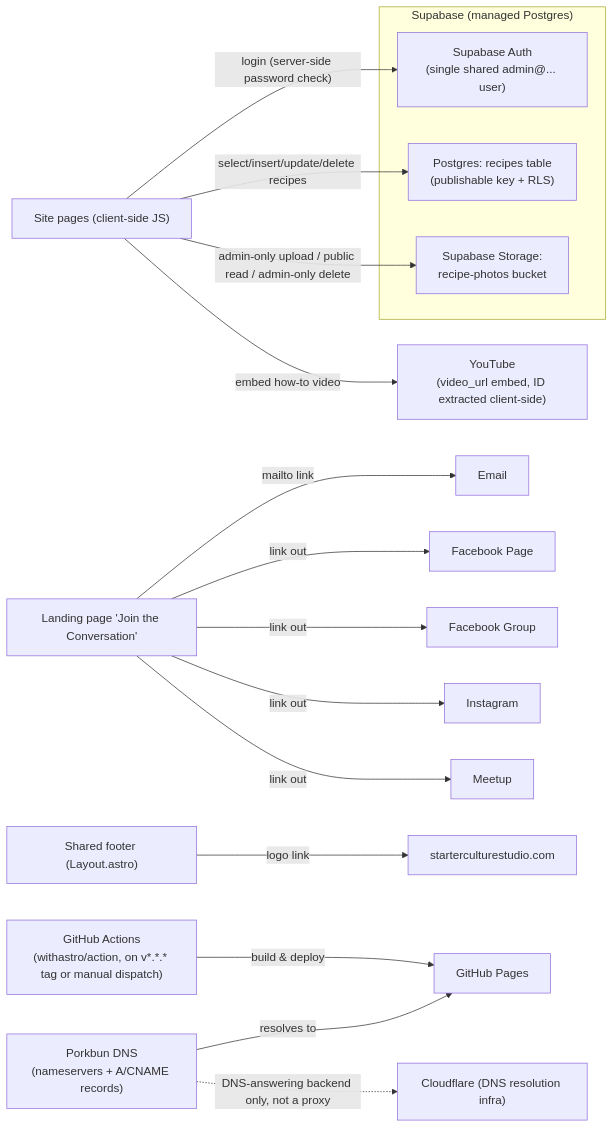
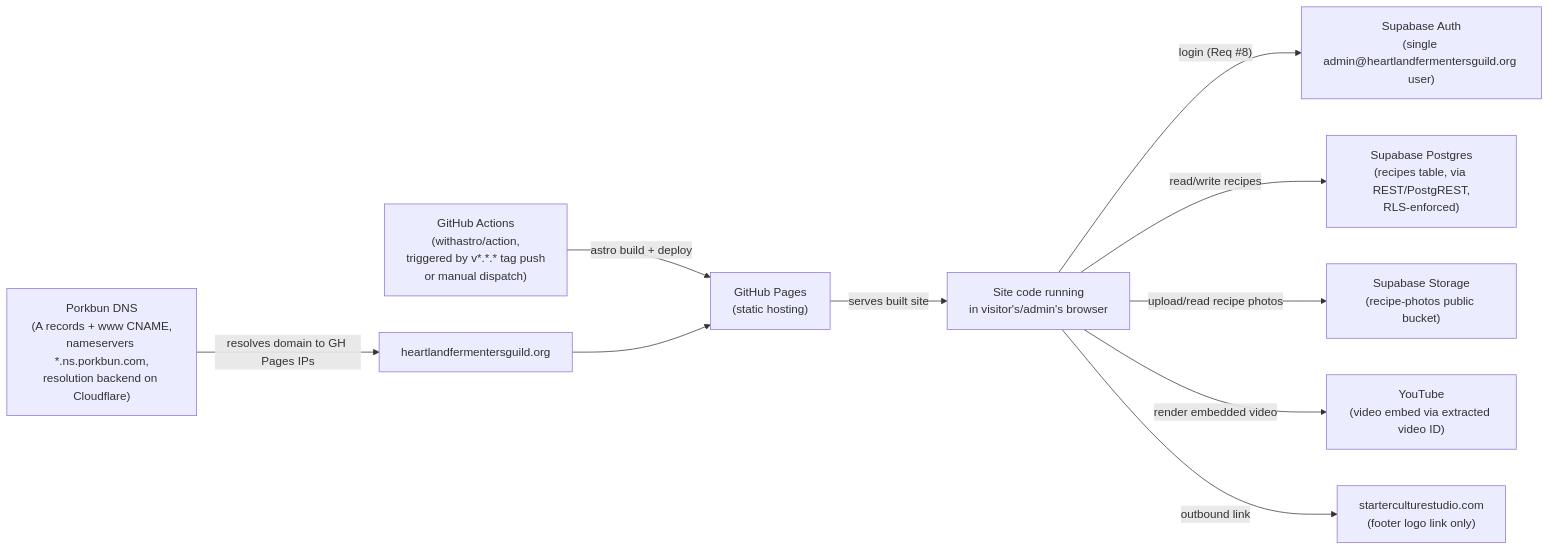
Before and after one commit to BubbaF377/heartland-fermenters-guild: the second of 3 diagrams in docs/VISUALIZER.md, drawn with Mermaid. The commit also changed other lines of this file, not shown here.

````diff
--- a/docs/VISUALIZER.md
+++ b/docs/VISUALIZER.md
@@ -32,30 +49,26 @@
 ```mermaid
 graph LR
-    Browser["Site pages (client-side JS)"]
+    Browser["Site code running<br/>in visitor's/admin's browser"]
 
-    subgraph Supabase["Supabase (managed Postgres)"]
-        AuthSvc["Supabase Auth<br/>(single shared admin@... user)"]
-        DB["Postgres: recipes table<br/>(publishable key + RLS)"]
-        Storage["Supabase Storage:<br/>recipe-photos bucket"]
-    end
+    SupaAuth["Supabase Auth<br/>(single admin@heartlandfermentersguild.org user)"]
+    SupaDB["Supabase Postgres<br/>(recipes table, via REST/PostgREST,<br/>RLS-enforced)"]
+    SupaStorage["Supabase Storage<br/>(recipe-photos public bucket)"]
+    YouTube["YouTube<br/>(video embed via extracted video ID)"]
+    SCS["starterculturestudio.com<br/>(footer logo link only)"]
 
-    YouTube["YouTube<br/>(video_url embed, ID extracted client-side)"]
+    Browser -->|"login (Req #8)"| SupaAuth
+    Browser -->|"read/write recipes"| SupaDB
+    Browser -->|"upload/read recipe photos"| SupaStorage
+    Browser -->|"render embedded video"| YouTube
+    Browser -->|"outbound link"| SCS
 
-    Browser -->|"login (server-side password check)"| AuthSvc
-    Browser -->|"select/insert/update/delete recipes"| DB
-    Browser -->|"admin-only upload / public read / admin-only delete"| Storage
-    Browser -->|"embed how-to video"| YouTube
+    GHActions["GitHub Actions<br/>(withastro/action,<br/>triggered by v*.*.* tag push<br/>or manual dispatch)"]
+    GHPages["GitHub Pages<br/>(static hosting)"]
+    Porkbun["Porkbun DNS<br/>(A records + www CNAME,<br/>nameservers *.ns.porkbun.com,<br/>resolution backend on Cloudflare)"]
+    Domain["heartlandfermentersguild.org"]
 
-    Index2["Landing page 'Join the Conversation'"]
-    Index2 -->|"mailto link"| Email["Email"]
-    Index2 -->|"link out"| FBPage["Facebook Page"]
-    Index2 -->|"link out"| FBGroup["Facebook Group"]
-    Index2 -->|"link out"| Instagram["Instagram"]
-    Index2 -->|"link out"| Meetup["Meetup"]
-
-    Footer["Shared footer (Layout.astro)"] -->|"logo link"| SCS["starterculturestudio.com"]
-
-    GHActions["GitHub Actions<br/>(withastro/action, on v*.*.* tag or manual dispatch)"] -->|"build & deploy"| GHPages["GitHub Pages"]
-    Porkbun["Porkbun DNS<br/>(nameservers + A/CNAME records)"] -->|"resolves to"| GHPages
-    Porkbun -.->|"DNS-answering backend only, not a proxy"| Cloudflare["Cloudflare (DNS resolution infra)"]
+    GHActions -->|"astro build + deploy"| GHPages
+    GHPages -->|"serves built site"| Browser
+    Porkbun -->|"resolves domain to GH Pages IPs"| Domain
+    Domain --> GHPages
 ```
````
